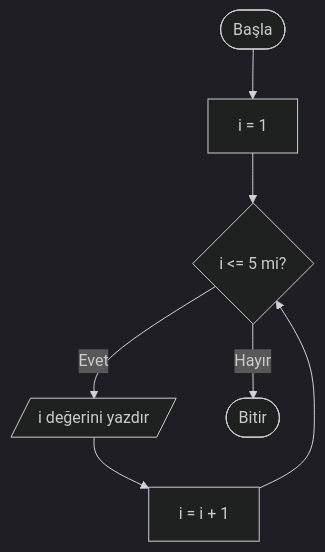
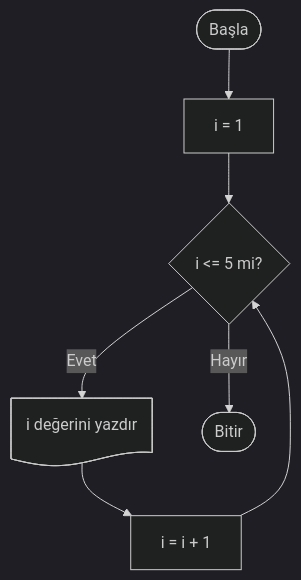
One commit to ibrahimayaz/Algoritma-ve-Programlamaya-Giris changed the ninth of 10 diagrams in Hafta_04_Akis_Diyagramlari_1.md. Above: the diagram before and after it, drawn with Mermaid (dark theme). The commit also changed other lines of this file, not shown here.

````diff
--- a/Hafta_04_Akis_Diyagramlari_1.md
+++ b/Hafta_04_Akis_Diyagramlari_1.md
@@ -204,9 +205,9 @@
 ```mermaid
 graph TD
     A([Başla]) --> B[i = 1]
     B --> C{i <= 5 mi?}
-    C -- Evet --> D[/i değerini yazdır/]
+    C -- Evet --> D@{ shape: doc, label: "i değerini yazdır" }
     D --> E[i = i + 1]
     E --> C
     C -- Hayır --> F([Bitir])
 ```
````
